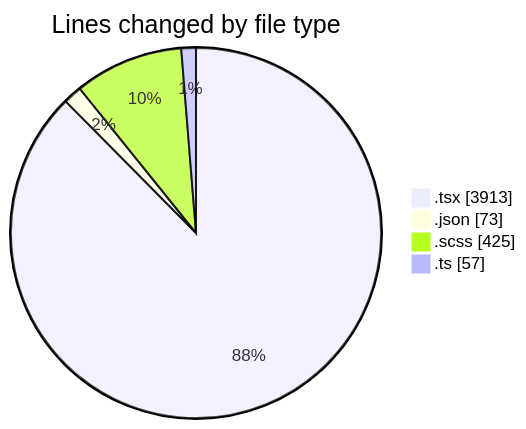
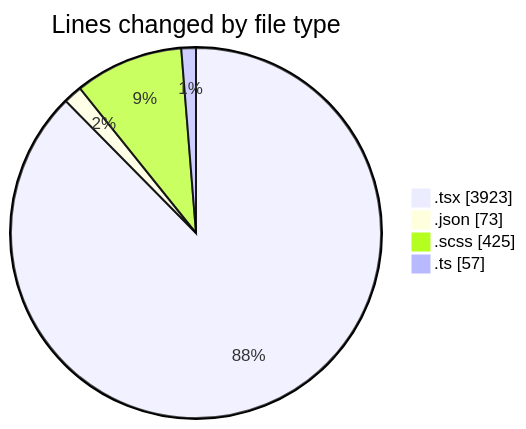
The first of 2 diagrams in 2025-10-02/cda/README.md (momahboobian/code-tracking), drawn with Mermaid before and after one commit. The commit also changed other lines of this file and 1 other file, not shown here.

````diff
--- a/2025-10-02/cda/README.md
+++ b/2025-10-02/cda/README.md
@@ -29,8 +29,8 @@
 ```mermaid
 pie showData
 title Lines changed by file type
-".tsx" : 3913
+".tsx" : 3923
 ".json" : 73
 ".scss" : 425
 ".ts" : 57
 ```
````
